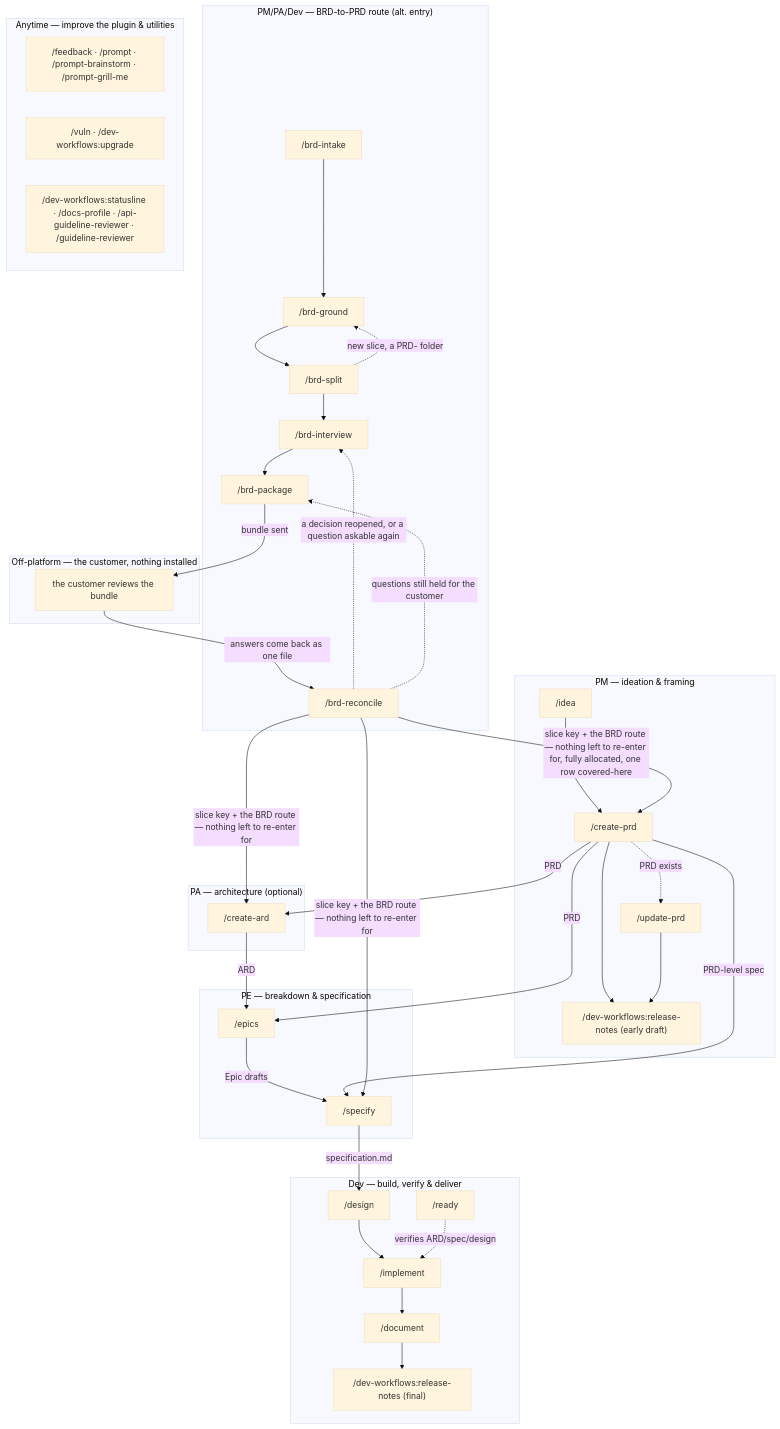
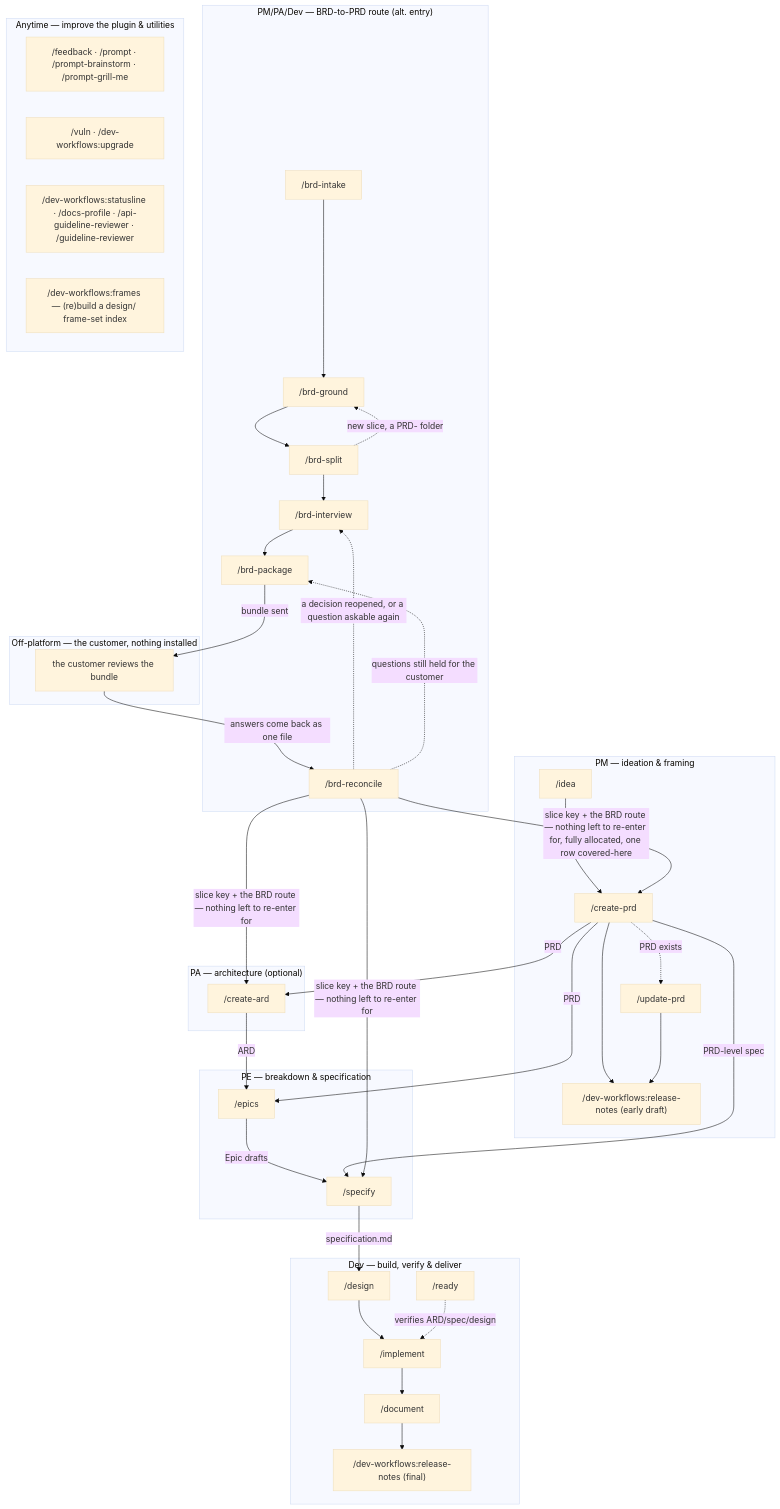
One commit to ihudak/ihudak-claude-plugins changed the diagram in plugins/dev-workflows/docs/workflow.md. Above: the diagram before and after it, drawn with Mermaid (base theme). The commit also changed 28 other files, not shown here.

````diff
--- a/plugins/dev-workflows/docs/workflow.md
+++ b/plugins/dev-workflows/docs/workflow.md
@@ -5,51 +5,52 @@
 ```mermaid
 flowchart TD
     subgraph PM["PM — ideation & framing"]
         idea["/idea"] --> createvi["/create-prd"]
         createvi --> rnpm["/dev-workflows:release-notes (early draft)"]
         createvi -.->|PRD exists| updatevi["/update-prd"]
         updatevi --> rnpm
     end
     subgraph BRD["PM/PA/Dev — BRD-to-PRD route (alt. entry)"]
         brdintake["/brd-intake"] --> brdground["/brd-ground"] --> brdsplit["/brd-split"]
         brdsplit -.->|new slice, a PRD- folder| brdground
         brdsplit --> brdinterview["/brd-interview"] --> brdpackage["/brd-package"]
         brdreconcile["/brd-reconcile"]
     end
     subgraph CUST["Off-platform — the customer, nothing installed"]
         brdreview["the customer reviews the bundle"]
     end
     subgraph PA["PA — architecture (optional)"]
         createard["/create-ard"]
     end
     subgraph PE["PE — breakdown & specification"]
         epics["/epics"]
         specify["/specify"]
     end
     subgraph DEV["Dev — build, verify & deliver"]
         design["/design"] --> implement["/implement"]
         implement --> document["/document"]
         document --> rndev["/dev-workflows:release-notes (final)"]
         ready["/ready"]
     end
     subgraph ANY["Anytime — improve the plugin & utilities"]
         improve["/feedback · /prompt · /prompt-brainstorm · /prompt-grill-me"]
         maint["/vuln · /dev-workflows:upgrade"]
         tooling["/dev-workflows:statusline · /docs-profile · /api-guideline-reviewer · /guideline-reviewer"]
+        framesidx["/dev-workflows:frames — (re)build a design/ frame-set index"]
     end
 
     createvi -->|PRD| createard
     createvi -->|PRD| epics
     createard -->|ARD| epics
     epics -->|Epic drafts| specify
     createvi -->|PRD-level spec| specify
     specify -->|specification.md| design
     ready -. verifies ARD/spec/design .-> implement
     brdpackage -->|bundle sent| brdreview
     brdreview -->|answers come back as one file| brdreconcile
     brdreconcile -.->|a decision reopened, or a question askable again| brdinterview
     brdreconcile -.->|questions still held for the customer| brdpackage
     brdreconcile -->|slice key + the BRD route — nothing left to re-enter for, fully allocated, one row covered-here| createvi
     brdreconcile -->|slice key + the BRD route — nothing left to re-enter for| createard
     brdreconcile -->|slice key + the BRD route — nothing left to re-enter for| specify
 ```
````
